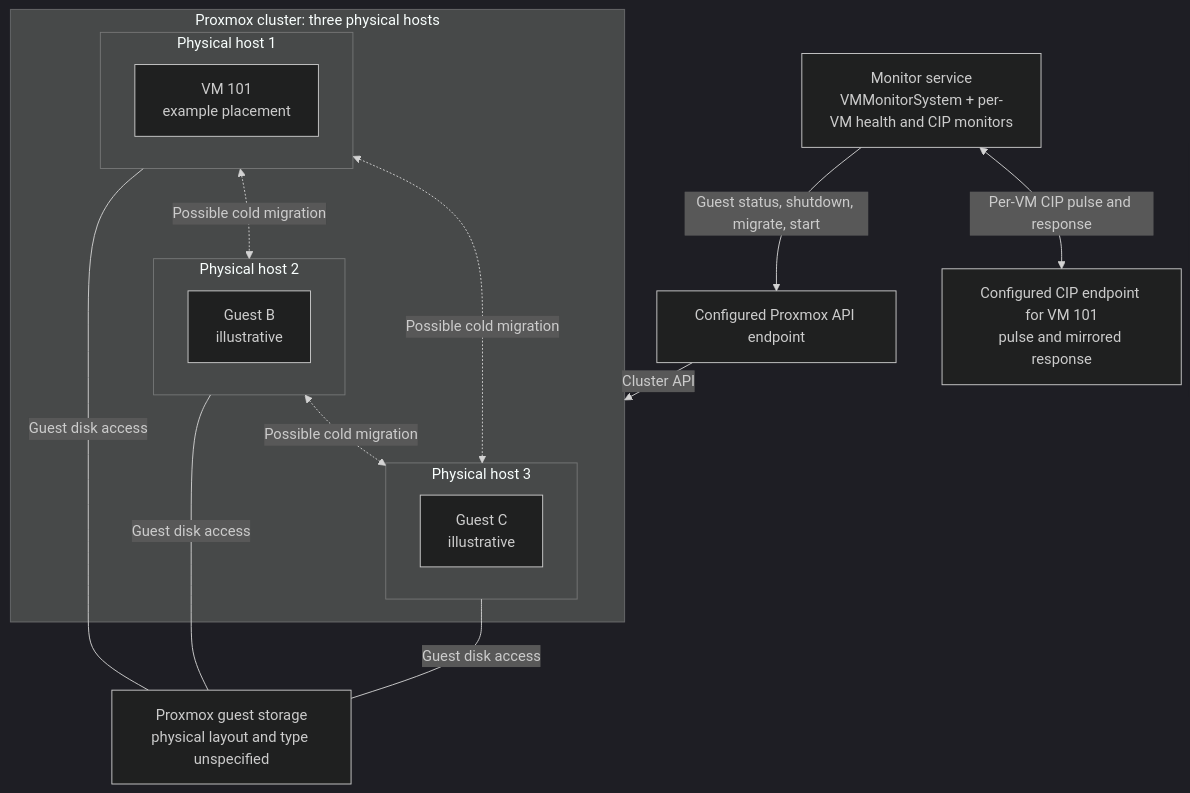
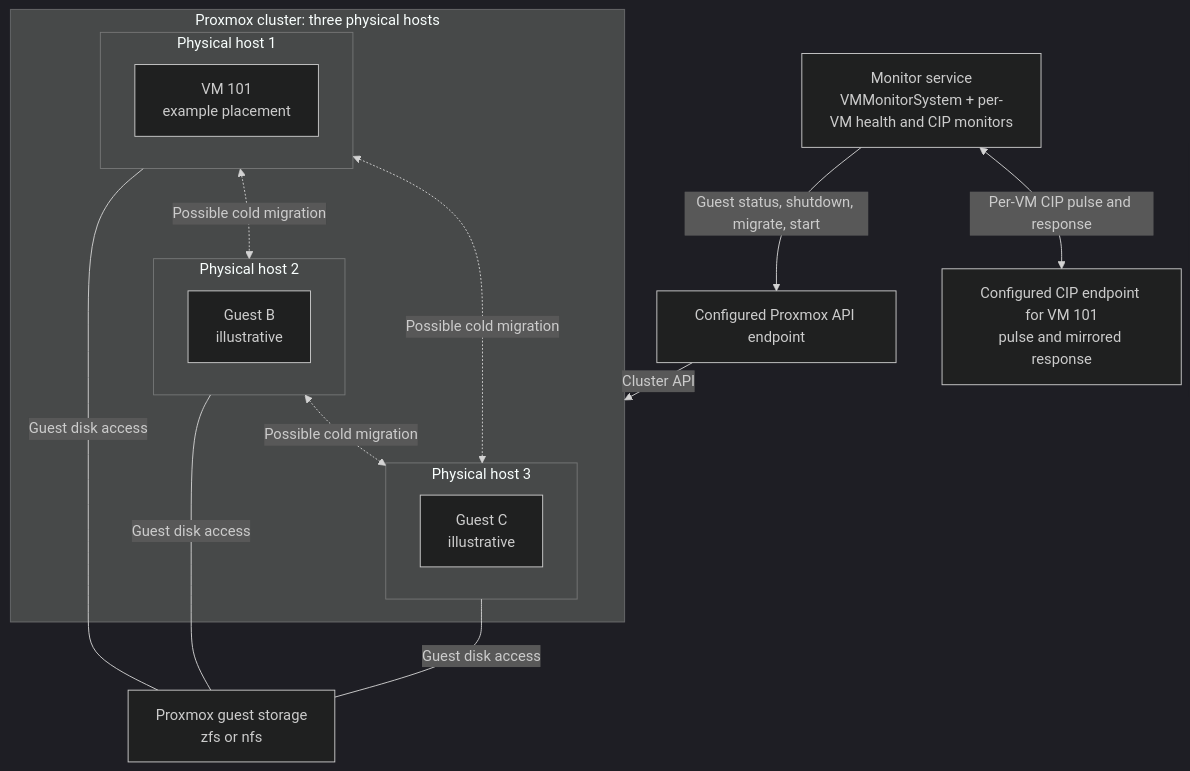
The diagram in README.md (j-roynon/Proxmox-VC4_Monitor_Service), drawn with Mermaid (dark theme) before and after one commit.

````diff
--- a/README.md
+++ b/README.md
@@ -530,29 +530,29 @@
 ```mermaid
 flowchart TB
     Monitor["Monitor service<br/>VMMonitorSystem + per-VM health and CIP monitors"]
     API["Configured Proxmox API endpoint"]
     CIP["Configured CIP endpoint for VM 101<br/>pulse and mirrored response"]
-    Storage["Proxmox guest storage<br/>physical layout and type unspecified"]
+    Storage["Proxmox guest storage<br/>zfs or nfs"]
 
     subgraph Cluster["Proxmox cluster: three physical hosts"]
         subgraph Host1["Physical host 1"]
             VM1["VM 101<br/>example placement"]
         end
         subgraph Host2["Physical host 2"]
             VM2["Guest B<br/>illustrative"]
         end
         subgraph Host3["Physical host 3"]
             VM3["Guest C<br/>illustrative"]
         end
     end
 
     Monitor -->|"Guest status, shutdown, migrate, start"| API
     API -->|"Cluster API"| Cluster
     Monitor <-->|"Per-VM CIP pulse and response"| CIP
     Host1 ---|"Guest disk access"| Storage
     Host2 ---|"Guest disk access"| Storage
     Host3 ---|"Guest disk access"| Storage
     Host1 <-.->|"Possible cold migration"| Host2
     Host1 <-.->|"Possible cold migration"| Host3
     Host2 <-.->|"Possible cold migration"| Host3
 ```
````
